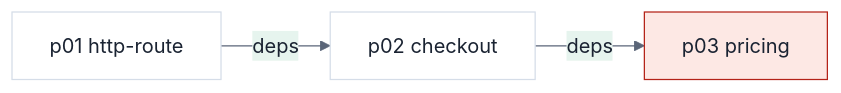
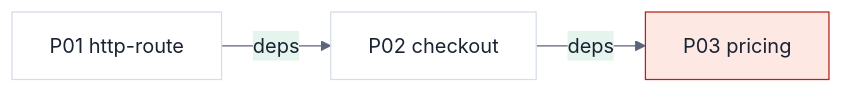
The second of 3 diagrams in skills/codexqa-code-wiki/references/diagrams.md (openqa-cn/codexqa), drawn with Mermaid before and after one commit. The commit also changed other lines of this file and 3 other files, not shown here.

````diff
--- a/skills/codexqa-code-wiki/references/diagrams.md
+++ b/skills/codexqa-code-wiki/references/diagrams.md
@@ -83,13 +83,13 @@
 ```mermaid
 %%{init: {'theme':'base','themeVariables':{'background':'#f0f3f6','primaryColor':'#ffffff','primaryTextColor':'#1a2332','primaryBorderColor':'#d5dde8','lineColor':'#5a6578','secondaryColor':'#e6f4ee','tertiaryColor':'#f0f3f6','clusterBkg':'#f8fafc','clusterBorder':'#d5dde8','fontFamily':'Segoe UI,PingFang SC,sans-serif'}}}%%
 flowchart LR
-  G1["p01 http-route"]
-  G2["p02 checkout"]
-  G3["p03 pricing"]
+  G1["P01 http-route"]
+  G2["P02 checkout"]
+  G3["P03 pricing"]
   G1 -->|deps| G2
   G2 -->|deps| G3
 classDef add fill:#e6f4ee,stroke:#0f6b4c,color:#1a2332
 classDef change fill:#ffedd5,stroke:#c2410c,color:#1a2332
 classDef risk fill:#fde8e4,stroke:#b42318,color:#1a2332
   class G3 risk
 ```
````
